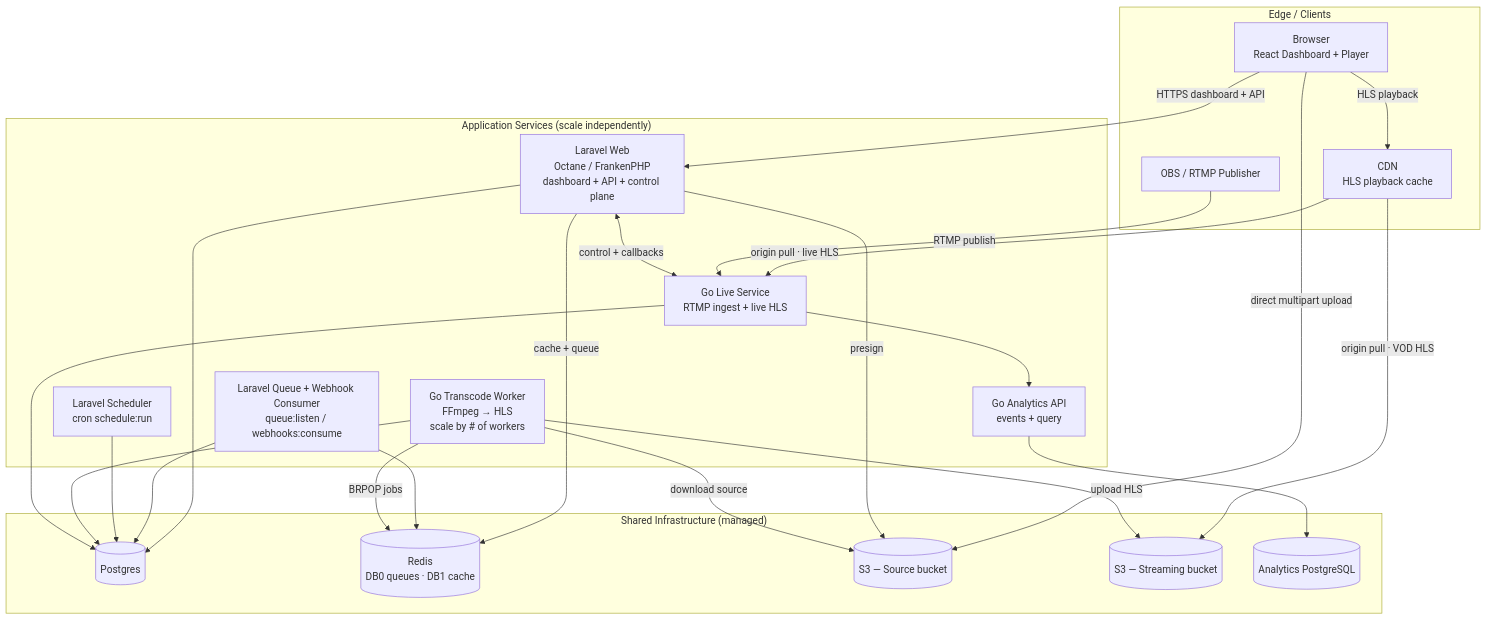
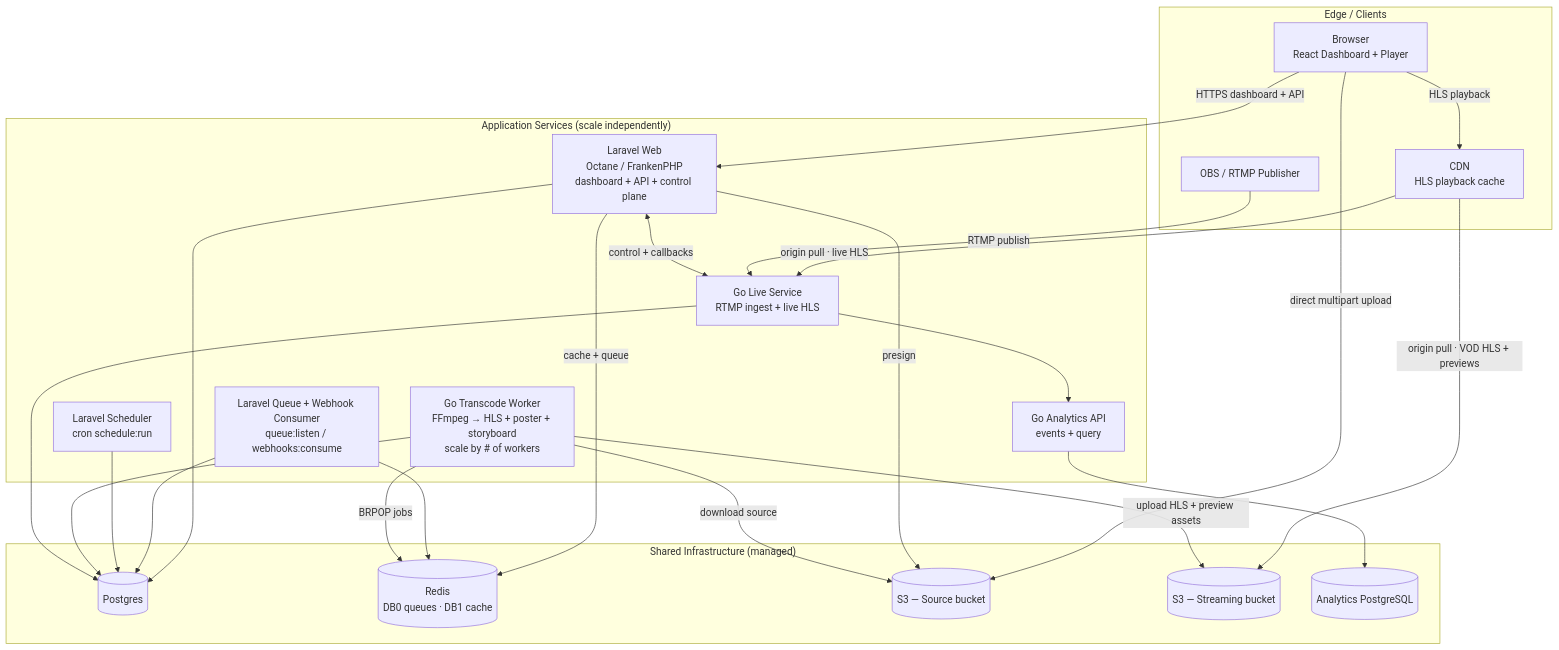
The second of 7 diagrams in README.md (saturngod/oxygen), drawn with Mermaid before and after one commit. The commit also changed other lines of this file, not shown here.

````diff
--- a/README.md
+++ b/README.md
@@ -68,50 +68,50 @@
 ```mermaid
 graph TB
     subgraph edge["Edge / Clients"]
         BROWSER[Browser<br/>React Dashboard + Player]
         OBS[OBS / RTMP Publisher]
         CDN[CDN<br/>HLS playback cache]
     end
 
     subgraph app["Application Services (scale independently)"]
         LARAVEL[Laravel Web<br/>Octane / FrankenPHP<br/>dashboard + API + control plane]
         QUEUEW[Laravel Queue + Webhook Consumer<br/>queue:listen / webhooks:consume]
         SCHED[Laravel Scheduler<br/>cron schedule:run]
-        TRANSCODER[Go Transcode Worker<br/>FFmpeg → HLS<br/>scale by # of workers]
+        TRANSCODER[Go Transcode Worker<br/>FFmpeg → HLS + poster + storyboard<br/>scale by # of workers]
         LIVE[Go Live Service<br/>RTMP ingest + live HLS]
         ANALYTICS[Go Analytics API<br/>events + query]
     end
 
     subgraph data["Shared Infrastructure (managed)"]
         PG[(Postgres)]
         REDIS[(Redis<br/>DB0 queues · DB1 cache)]
         S3SRC[(S3 — Source bucket)]
         S3STR[(S3 — Streaming bucket)]
         APG[(Analytics PostgreSQL)]
     end
 
     BROWSER -->|HTTPS dashboard + API| LARAVEL
     BROWSER -->|direct multipart upload| S3SRC
     BROWSER -->|HLS playback| CDN
-    CDN -->|origin pull · VOD HLS| S3STR
+    CDN -->|origin pull · VOD HLS + previews| S3STR
     CDN -->|origin pull · live HLS| LIVE
     OBS -->|RTMP publish| LIVE
 
     LARAVEL --> PG
     LARAVEL -->|cache + queue| REDIS
     LARAVEL -->|presign| S3SRC
     LARAVEL <-->|control + callbacks| LIVE
 
     QUEUEW --> REDIS
     QUEUEW --> PG
     SCHED --> PG
 
     TRANSCODER -->|BRPOP jobs| REDIS
     TRANSCODER --> PG
     TRANSCODER -->|download source| S3SRC
-    TRANSCODER -->|upload HLS| S3STR
+    TRANSCODER -->|upload HLS + preview assets| S3STR
 
     LIVE --> PG
     LIVE --> ANALYTICS
     ANALYTICS --> APG
 ```
````
